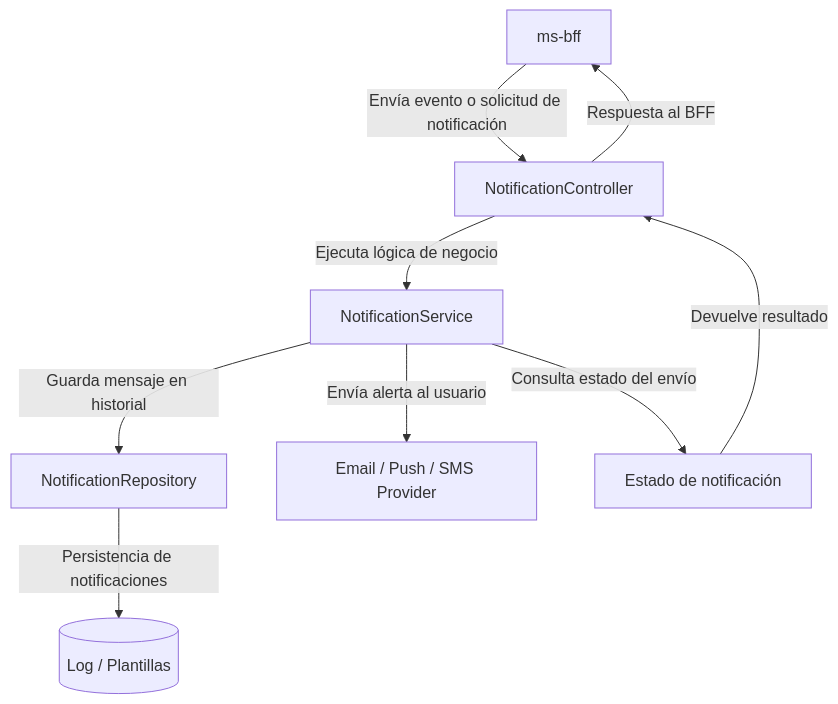
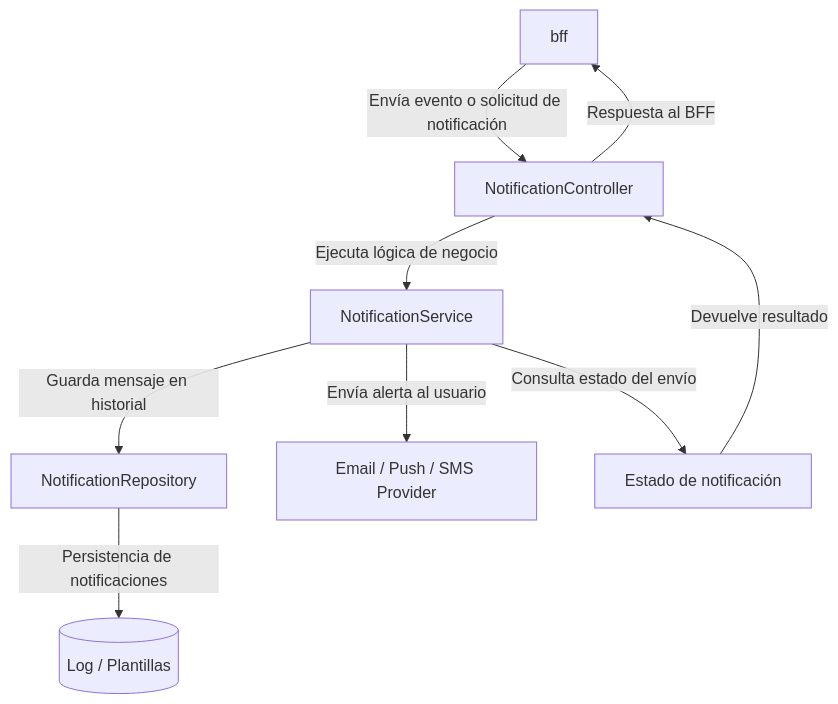
The diagram in docs/diagrama-ms-notificaciones.md (felipesalazar24/proyecto_sanos_y_salvos), drawn with Mermaid before and after one commit.

Commit message:
Refactorización de diagramas

````diff
--- a/docs/diagrama-ms-notificaciones.md
+++ b/docs/diagrama-ms-notificaciones.md
@@ -1,14 +1,14 @@
 ```mermaid
 flowchart TB
-    BFF[ms-bff] -->|Envía evento o solicitud de notificación| NotifController[NotificationController]
+    BFF[bff] -->|Envía evento o solicitud de notificación| NotifController[NotificationController]
     NotifController -->|Ejecuta lógica de negocio| NotifService[NotificationService]
 
     NotifService -->|Guarda mensaje en historial| NotifRepo[NotificationRepository]
     NotifService -->|Envía alerta al usuario| EmailSender[Email / Push / SMS Provider]
     NotifService -->|Consulta estado del envío| NotificationStatus[Estado de notificación]
 
     NotifRepo -->|Persistencia de notificaciones| DBNotif[(Log / Plantillas)]
 
     NotificationStatus -->|Devuelve resultado| NotifController
     NotifController -->|Respuesta al BFF| BFF
 ```
````
